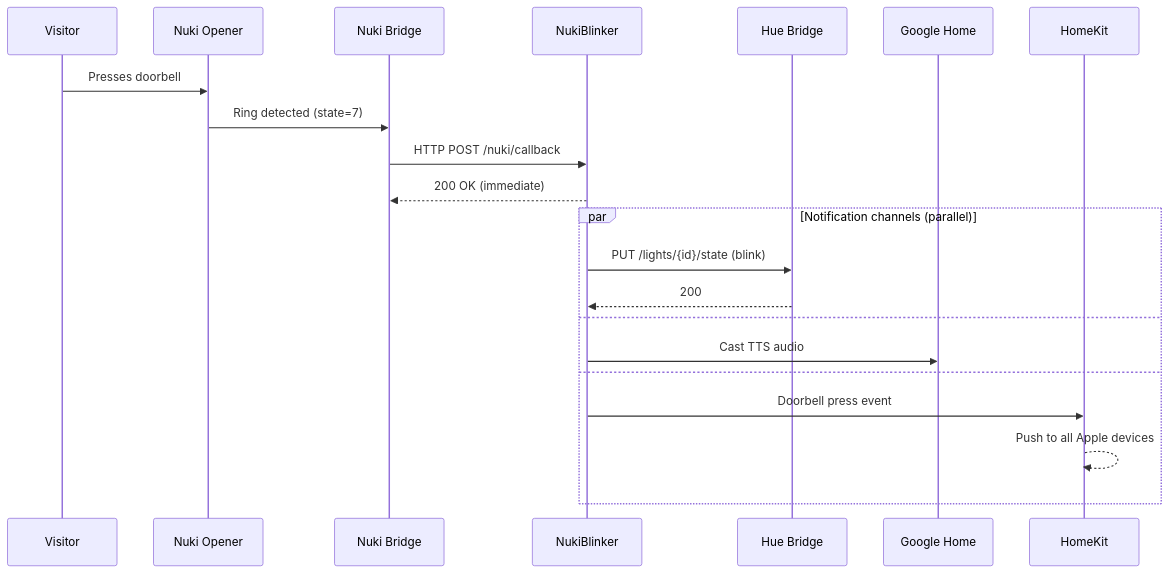
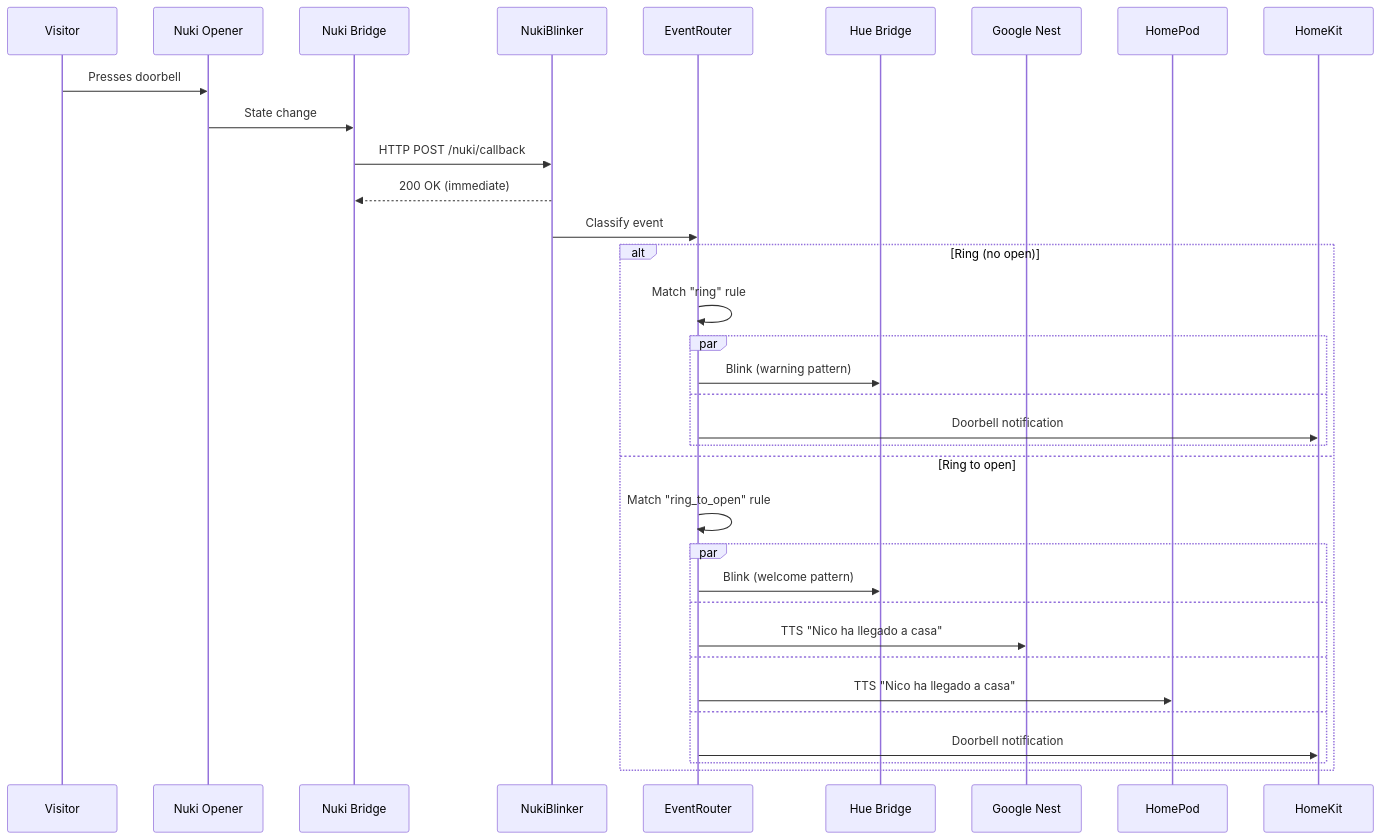
One commit to nicdobler/NukiBlinker changed the first of 4 diagrams in specs/tech-spec.md. Above: the diagram before and after it, drawn with Mermaid. The commit also changed other lines of this file and 1 other file, not shown here.

Commit message:
docs: event-based rules, HomePod AirPlay support, event router

````diff
--- a/specs/tech-spec.md
+++ b/specs/tech-spec.md
@@ -67,25 +70,39 @@
 ```mermaid
 sequenceDiagram
     participant V as Visitor
     participant NO as Nuki Opener
     participant NB as Nuki Bridge
     participant NK as NukiBlinker
+    participant ER as EventRouter
     participant HB as Hue Bridge
-    participant GH as Google Home
+    participant GN as Google Nest
+    participant HP as HomePod
     participant HK as HomeKit
 
     V->>NO: Presses doorbell
-    NO->>NB: Ring detected (state=7)
+    NO->>NB: State change
     NB->>NK: HTTP POST /nuki/callback
     NK-->>NB: 200 OK (immediate)
+    NK->>ER: Classify event
 
-    par Notification channels (parallel)
-        NK->>HB: PUT /lights/{id}/state (blink)
-        HB-->>NK: 200
-    and
-        NK->>GH: Cast TTS audio
-    and
-        NK->>HK: Doorbell press event
-        HK-->>HK: Push to all Apple devices
+    alt Ring (no open)
+        ER->>ER: Match "ring" rule
+        par
+            ER->>HB: Blink (warning pattern)
+        and
+            ER->>HK: Doorbell notification
+        end
+
+    else Ring to open
+        ER->>ER: Match "ring_to_open" rule
+        par
+            ER->>HB: Blink (welcome pattern)
+        and
+            ER->>GN: TTS "Nico ha llegado a casa"
+        and
+            ER->>HP: TTS "Nico ha llegado a casa"
+        and
+            ER->>HK: Doorbell notification
+        end
     end
 ```
````
